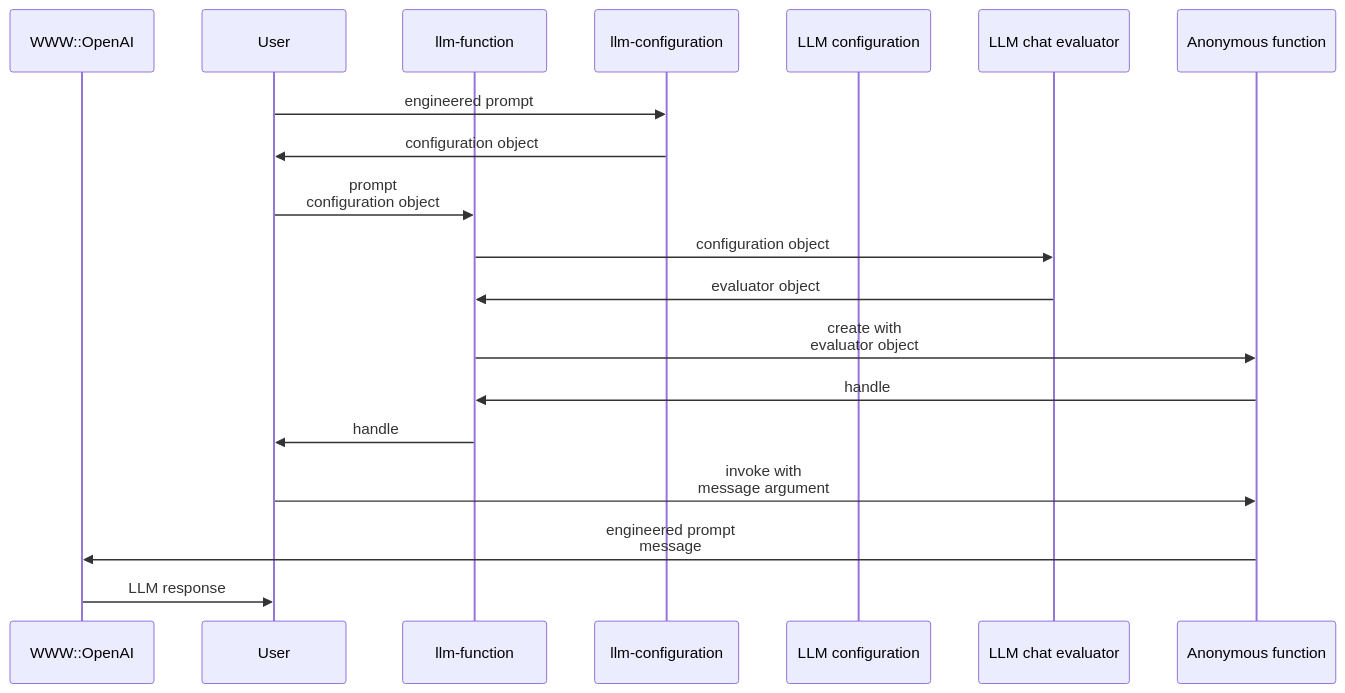
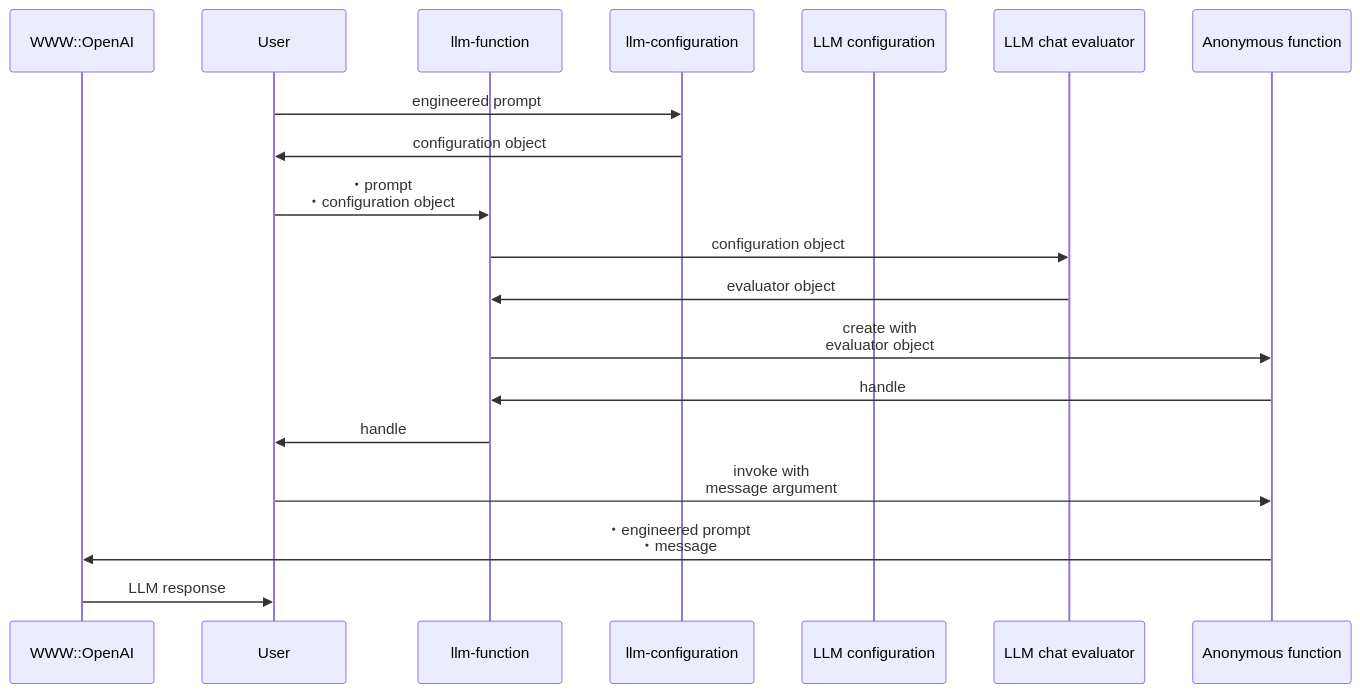
One commit to antononcube/Raku-LLM-Functions changed the second of 2 diagrams in README-work.md. Above: the diagram before and after it, drawn with Mermaid. The commit also changed other lines of this file and 1 other file, not shown here.

````diff
--- a/README-work.md
+++ b/README-work.md
@@ -83,21 +84,21 @@
 ```mermaid
 sequenceDiagram
   participant WWWOpenAI as WWW::OpenAI
   participant User
   participant llmfunc as llm-function
   participant llmconf as llm-configuration
   participant LLMConf as LLM configuration
   participant LLMChatEval as LLM chat evaluator
   participant AnonFunc as Anonymous function
   User ->> llmconf: engineered prompt
   llmconf ->> User: configuration object
-  User ->> llmfunc: prompt<br>configuration object
+  User ->> llmfunc: ・prompt<br>・configuration object
   llmfunc ->> LLMChatEval: configuration object
   LLMChatEval ->> llmfunc: evaluator object
   llmfunc ->> AnonFunc: create with<br>evaluator object
   AnonFunc ->> llmfunc: handle
   llmfunc ->> User: handle
   User ->> AnonFunc: invoke with<br>message argument
-  AnonFunc ->> WWWOpenAI: engineered prompt<br>message
+  AnonFunc ->> WWWOpenAI: ・engineered prompt<br>・message
   WWWOpenAI ->> User: LLM response 
 ```
````
